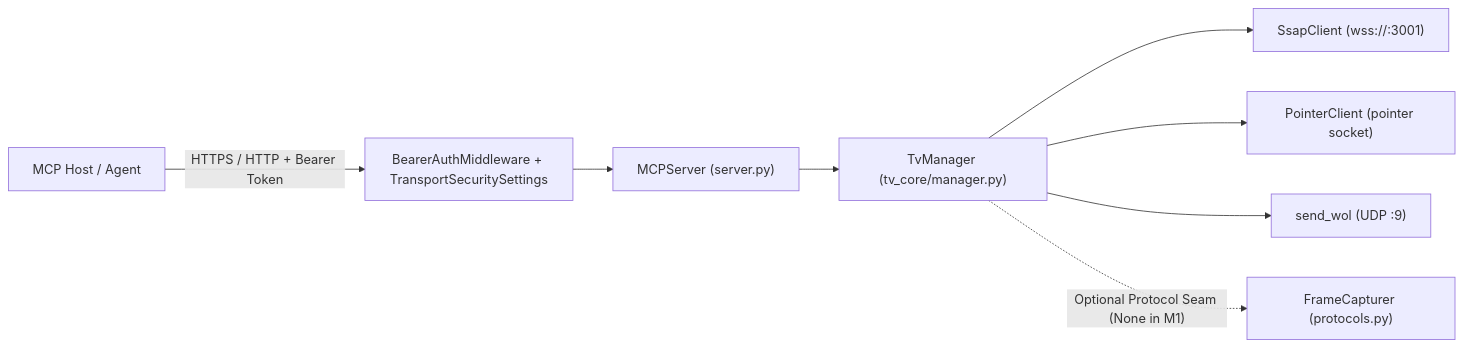
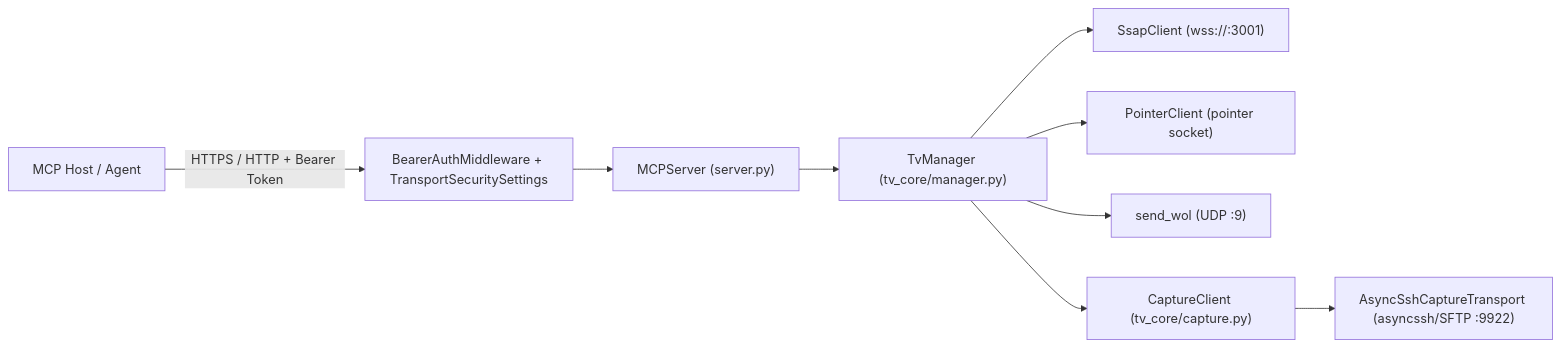
One commit to kiskaadee/lg-smtv-mcp changed the diagram in ARCHITECTURE.md. Above: the diagram before and after it, drawn with Mermaid. The commit also changed other lines of this file and 5 other files, not shown here.

````diff
--- a/ARCHITECTURE.md
+++ b/ARCHITECTURE.md
@@ -9,10 +9,11 @@
 ```mermaid
 flowchart LR
     Host["MCP Host / Agent"] -->|"HTTPS / HTTP + Bearer Token"| Auth["BearerAuthMiddleware + TransportSecuritySettings"]
     Auth --> Server["MCPServer (server.py)"]
     Server --> Manager["TvManager (tv_core/manager.py)"]
     Manager --> SSAP["SsapClient (wss://:3001)"]
     Manager --> Pointer["PointerClient (pointer socket)"]
     Manager --> WoL["send_wol (UDP :9)"]
-    Manager -.->|"Optional Protocol Seam (None in M1)"| Capturer["FrameCapturer (protocols.py)"]
+    Manager --> Capturer["CaptureClient (tv_core/capture.py)"]
+    Capturer --> Transport["AsyncSshCaptureTransport (asyncssh/SFTP :9922)"]
 ```
````
